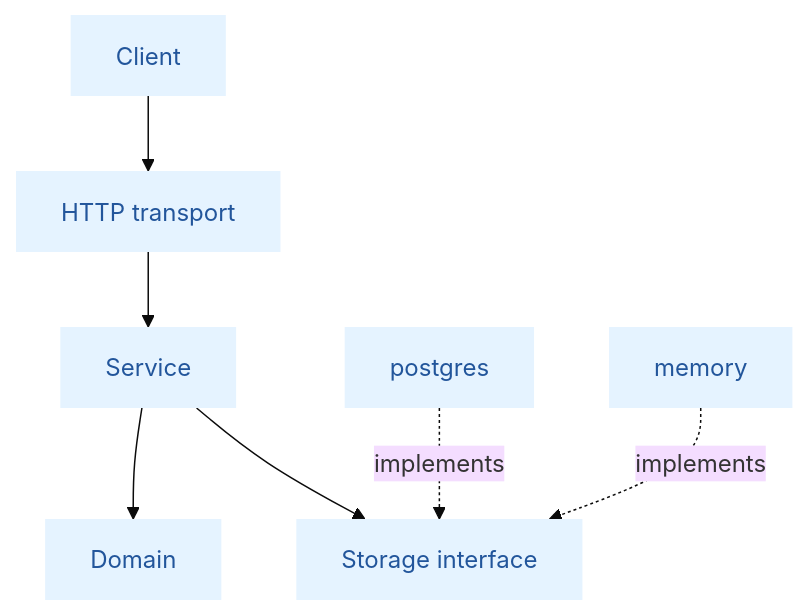
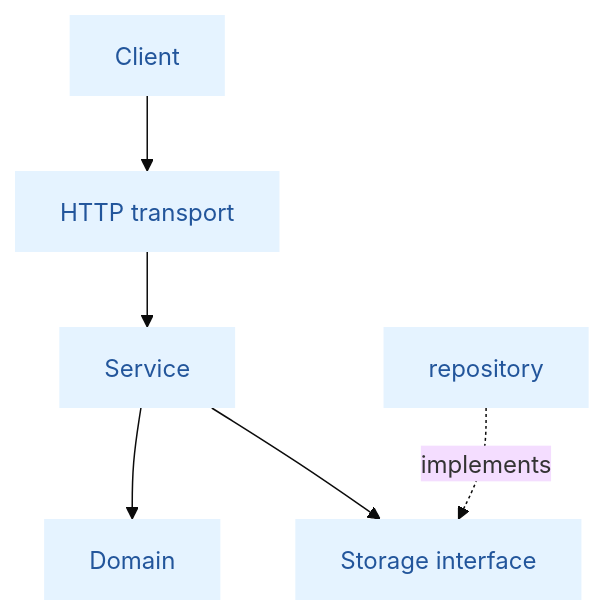
Before and after one commit to HAL-X9/threat-info-service: the first of 2 diagrams in ARCHITECTURE.md, drawn with Mermaid. The commit also changed other lines of this file and 8 other files, not shown here.

Commit message:
feat(repository): store threats in PostgreSQL

````diff
--- a/ARCHITECTURE.md
+++ b/ARCHITECTURE.md
@@ -17,19 +17,17 @@
 ```mermaid
 %%{init: {'theme':'base'}}%%
 flowchart TB
     CLIENT["Client"]
     HTTP["HTTP transport"]
     SVC["Service"]
     DOM["Domain"]
     STORE["Storage interface"]
-    PG["postgres"]
-    MEM["memory"]
+    REPO["repository"]
 
     CLIENT --> HTTP --> SVC
     SVC --> DOM
     SVC --> STORE
-    PG -. implements .-> STORE
-    MEM -. implements .-> STORE
+    REPO -. implements .-> STORE
 
     classDef default fill:#e5f3ff,stroke:none,color:#22559b;
 ```
````
